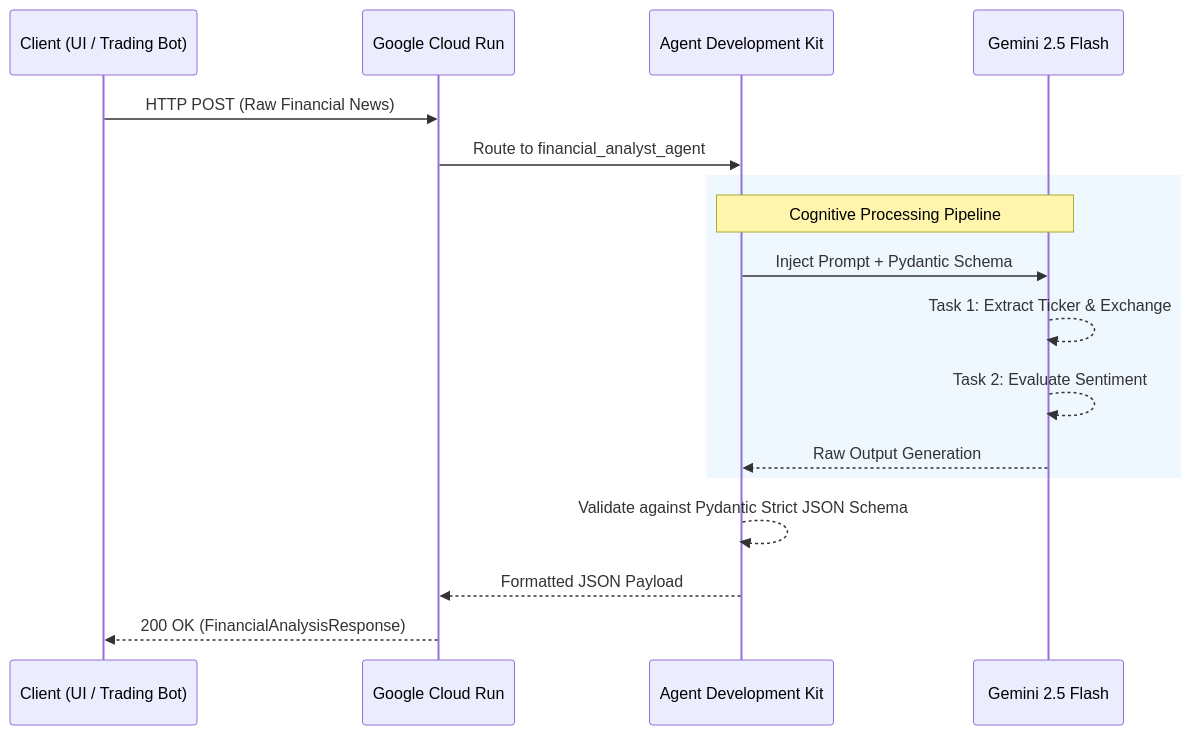
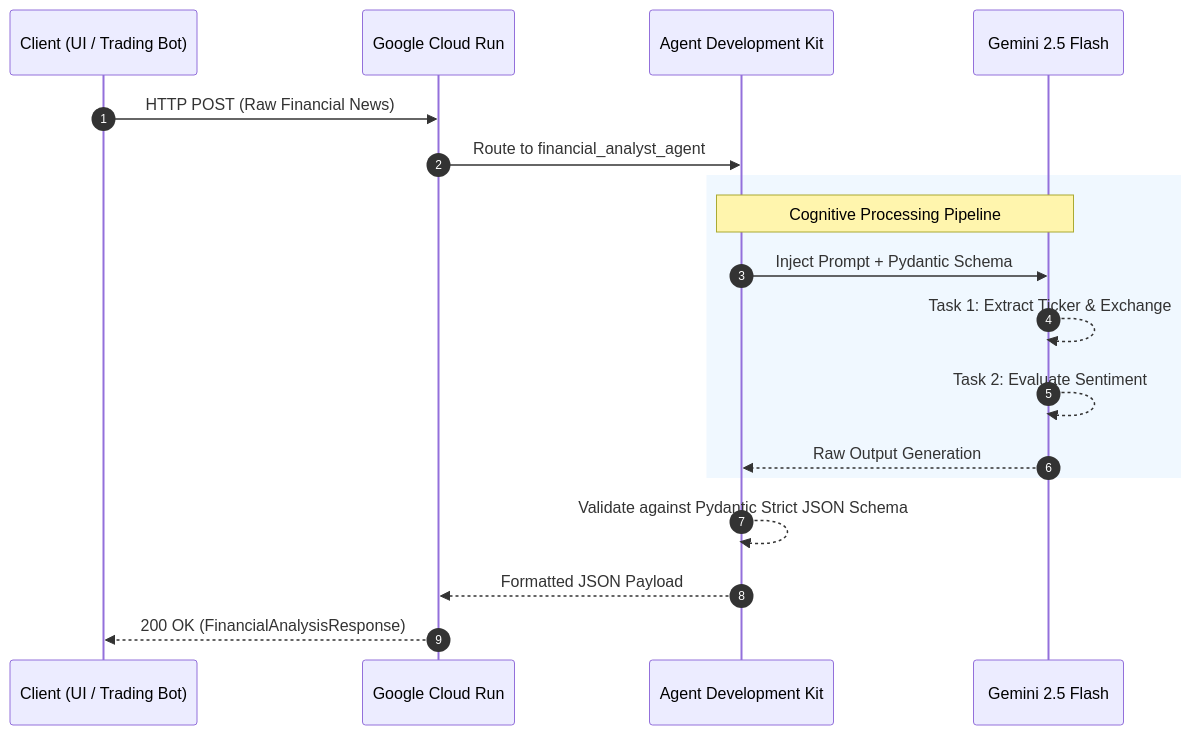
One commit to kaushal168/Financial-AI-Analyst-Agent-Microservice changed the diagram in README.md. Above: the diagram before and after it, drawn with Mermaid.

Commit message:
feat: Enhance system architecture section with sequence diagram and styling

````diff
--- a/README.md
+++ b/README.md
@@ -50,22 +50,24 @@
 ```mermaid
+%%{init: {'theme': 'default', 'themeVariables': { 'fontSize': '16px', 'fontFamily': 'arial'}}}%%
 sequenceDiagram
+    autonumber
     participant C as Client (UI / Trading Bot)
     participant CR as Google Cloud Run
     participant ADK as Agent Development Kit
     participant LLM as Gemini 2.5 Flash
     
     C->>CR: HTTP POST (Raw Financial News)
     CR->>ADK: Route to financial_analyst_agent
     
     rect rgb(240, 248, 255)
     Note over ADK,LLM: Cognitive Processing Pipeline
     ADK->>LLM: Inject Prompt + Pydantic Schema
     LLM-->>LLM: Task 1: Extract Ticker & Exchange
     LLM-->>LLM: Task 2: Evaluate Sentiment
     LLM-->>ADK: Raw Output Generation
     end
     
     ADK-->>ADK: Validate against Pydantic Strict JSON Schema
     ADK-->>CR: Formatted JSON Payload
     CR-->>C: 200 OK (FinancialAnalysisResponse)
 ```
````
